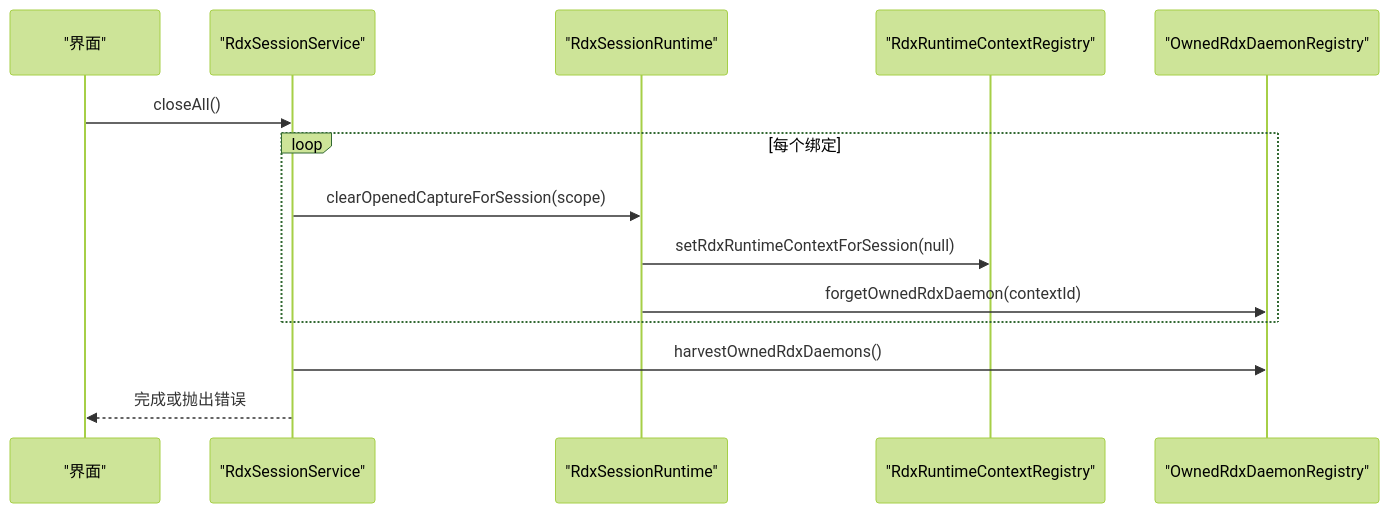
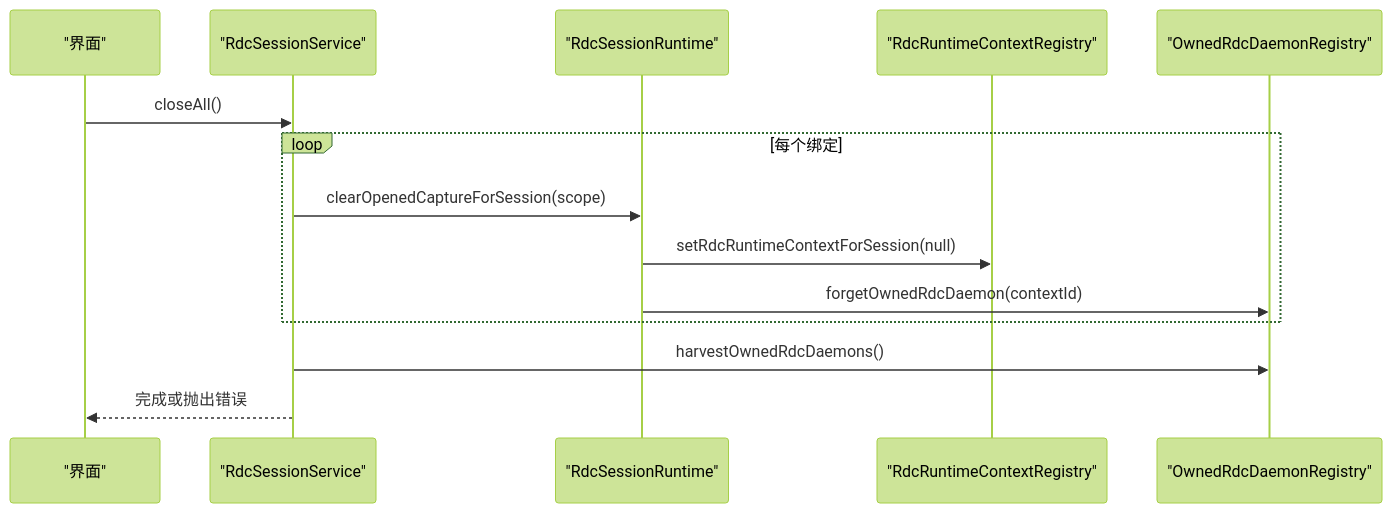
The fifth of 7 diagrams in .qoder/repowiki/zh/content/核心模块/会话管理系统/RDX 守护进程所有权注册表.md (haolange/RDC-Agent), drawn with Mermaid (forest theme) before and after one commit. The commit also changed other lines of this file and 557 other files, not shown here.

````diff
--- a/.qoder/repowiki/zh/content/核心模块/会话管理系统/RDX 守护进程所有权注册表.md
+++ b/.qoder/repowiki/zh/content/核心模块/会话管理系统/RDX 守护进程所有权注册表.md
@@ -220,16 +220,16 @@
 ```mermaid
 sequenceDiagram
 participant UI as "界面"
-participant Svc as "RdxSessionService"
-participant RT as "RdxSessionRuntime"
-participant Lease as "RdxRuntimeContextRegistry"
-participant Reg as "OwnedRdxDaemonRegistry"
+participant Svc as "RdcSessionService"
+participant RT as "RdcSessionRuntime"
+participant Lease as "RdcRuntimeContextRegistry"
+participant Reg as "OwnedRdcDaemonRegistry"
 UI->>Svc : closeAll()
 loop 每个绑定
 Svc->>RT : clearOpenedCaptureForSession(scope)
-RT->>Lease : setRdxRuntimeContextForSession(null)
-RT->>Reg : forgetOwnedRdxDaemon(contextId)
+RT->>Lease : setRdcRuntimeContextForSession(null)
+RT->>Reg : forgetOwnedRdcDaemon(contextId)
 end
-Svc->>Reg : harvestOwnedRdxDaemons()
+Svc->>Reg : harvestOwnedRdcDaemons()
 Svc-->>UI : 完成或抛出错误
 ```
````
